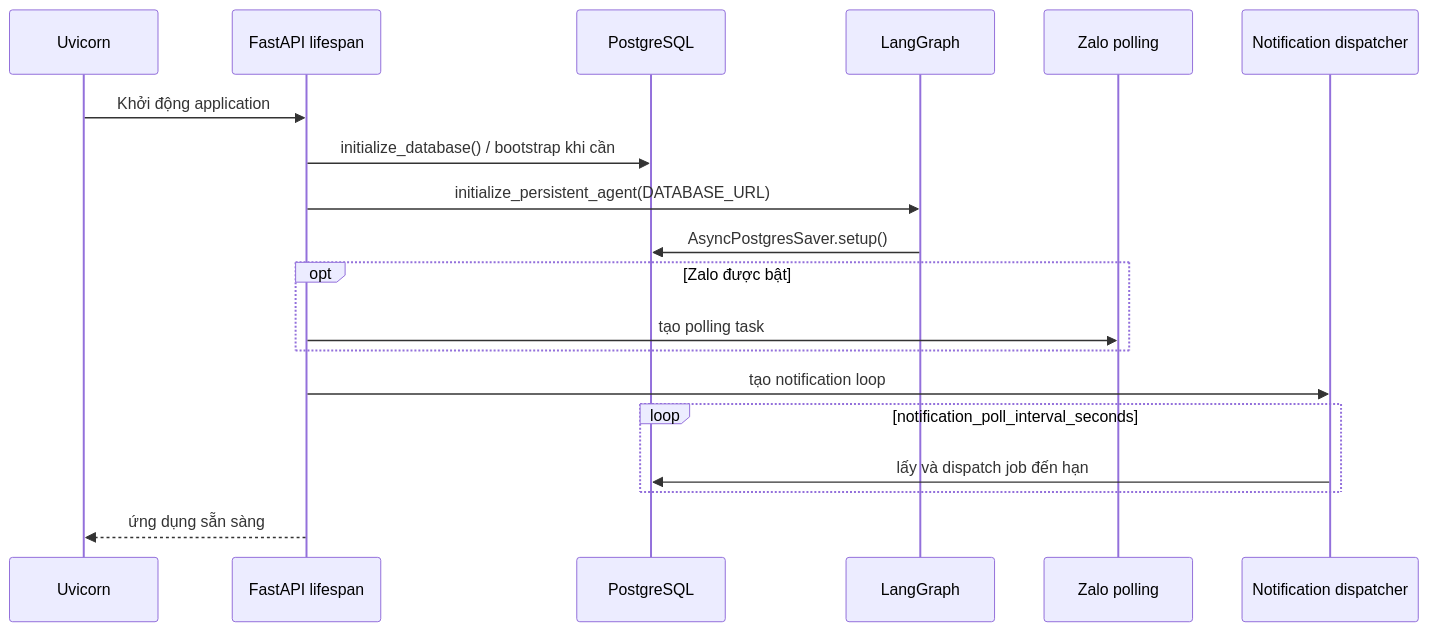
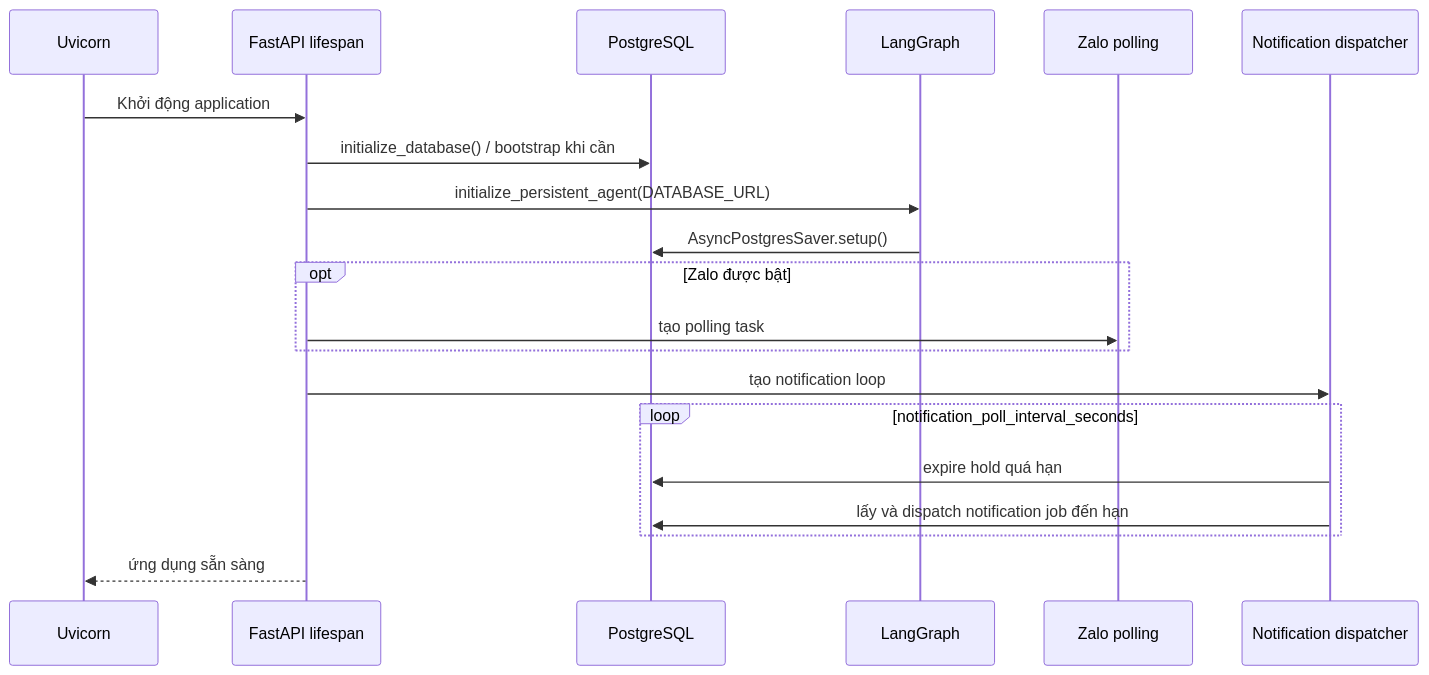
Before and after one commit to haichauht/vinfast-test-drive-booking: the second of 4 diagrams in ARCHITECTURE.md, drawn with Mermaid. The commit also changed other lines of this file and 10 other files, not shown here.

````diff
--- a/ARCHITECTURE.md
+++ b/ARCHITECTURE.md
@@ -123,21 +131,22 @@
 ```mermaid
 sequenceDiagram
     participant U as Uvicorn
     participant A as FastAPI lifespan
     participant DB as PostgreSQL
     participant G as LangGraph
     participant Z as Zalo polling
     participant N as Notification dispatcher
     U->>A: Khởi động application
     A->>DB: initialize_database() / bootstrap khi cần
     A->>G: initialize_persistent_agent(DATABASE_URL)
     G->>DB: AsyncPostgresSaver.setup()
     opt Zalo được bật
         A->>Z: tạo polling task
     end
     A->>N: tạo notification loop
     loop notification_poll_interval_seconds
-        N->>DB: lấy và dispatch job đến hạn
+        N->>DB: expire hold quá hạn
+        N->>DB: lấy và dispatch notification job đến hạn
     end
     A-->>U: ứng dụng sẵn sàng
 ```
````
